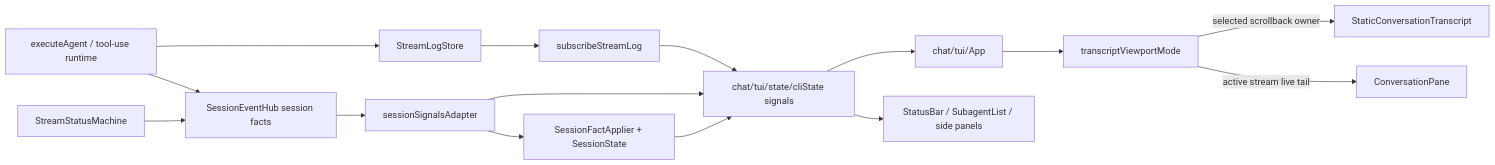
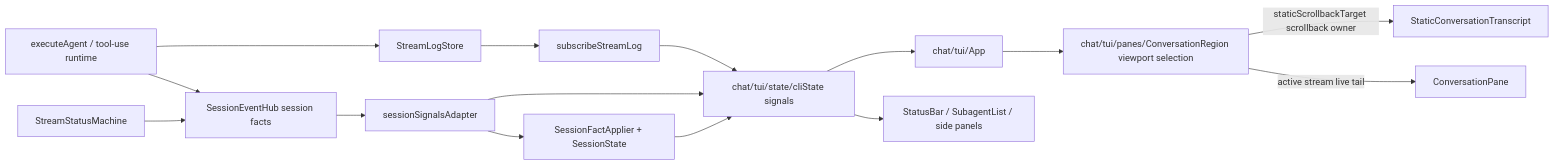
Before and after one commit to LionSR/TeXRA: the second of 5 diagrams in docs/architecture/2026-06-20-cli-runtime-round-trips.md, drawn with Mermaid. The commit also changed 26 other files, not shown here.

````diff
--- a/docs/architecture/2026-06-20-cli-runtime-round-trips.md
+++ b/docs/architecture/2026-06-20-cli-runtime-round-trips.md
@@ -74,29 +74,29 @@
 ```mermaid
 flowchart LR
   runtime[executeAgent / tool-use runtime]
   hub[SessionEventHub session facts]
   streamLog[StreamLogStore]
   statusService[StreamStatusMachine]
   cliState[chat/tui/state/cliState signals]
   factAdapter[sessionSignalsAdapter]
   logSub[subscribeStreamLog]
   applier[SessionFactApplier + SessionState]
   app[chat/tui/App]
-  viewport[transcriptViewportMode]
+  viewport[chat/tui/panes/ConversationRegion viewport selection]
   staticPane[StaticConversationTranscript]
   livePane[ConversationPane]
   statusBar[StatusBar / SubagentList / side panels]
 
   runtime --> hub
   runtime --> streamLog
   statusService --> hub
   hub --> factAdapter
   streamLog --> logSub --> cliState
   factAdapter --> cliState
   factAdapter --> applier --> cliState
   cliState --> app
   app --> viewport
-  viewport -->|selected scrollback owner| staticPane
+  viewport -->|staticScrollbackTarget scrollback owner| staticPane
   viewport -->|active stream live tail| livePane
   cliState --> statusBar
 ```
````
